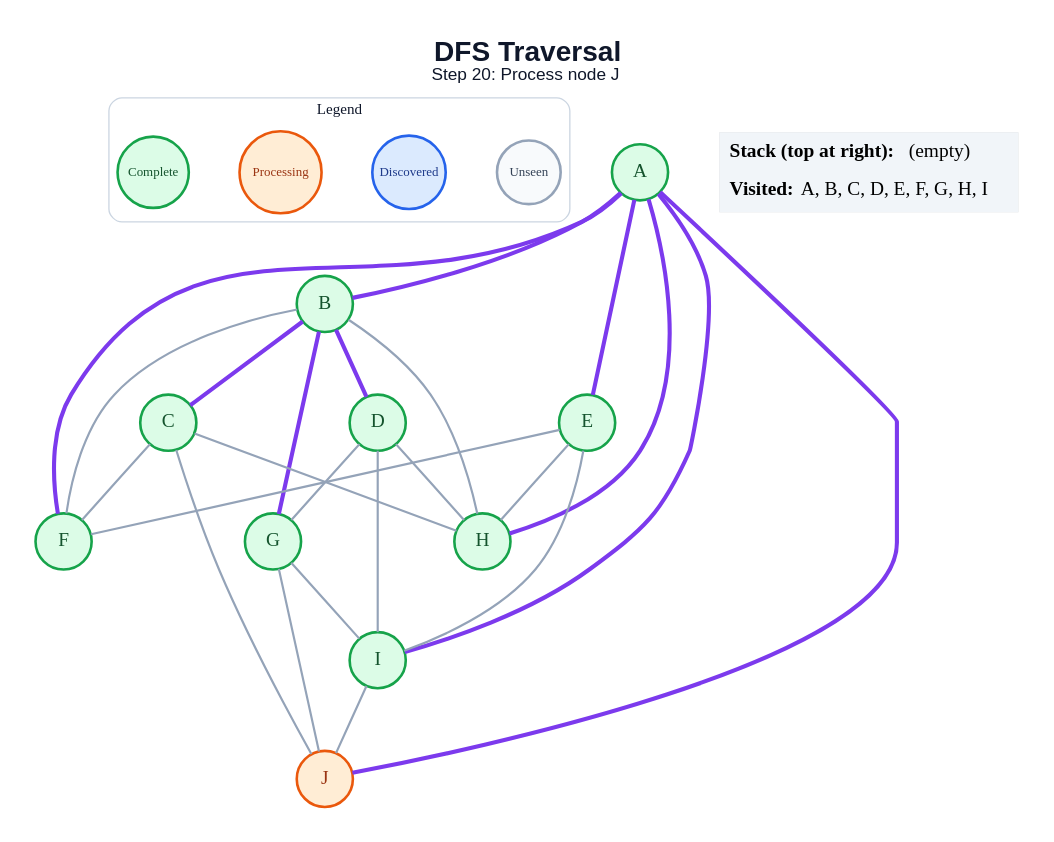
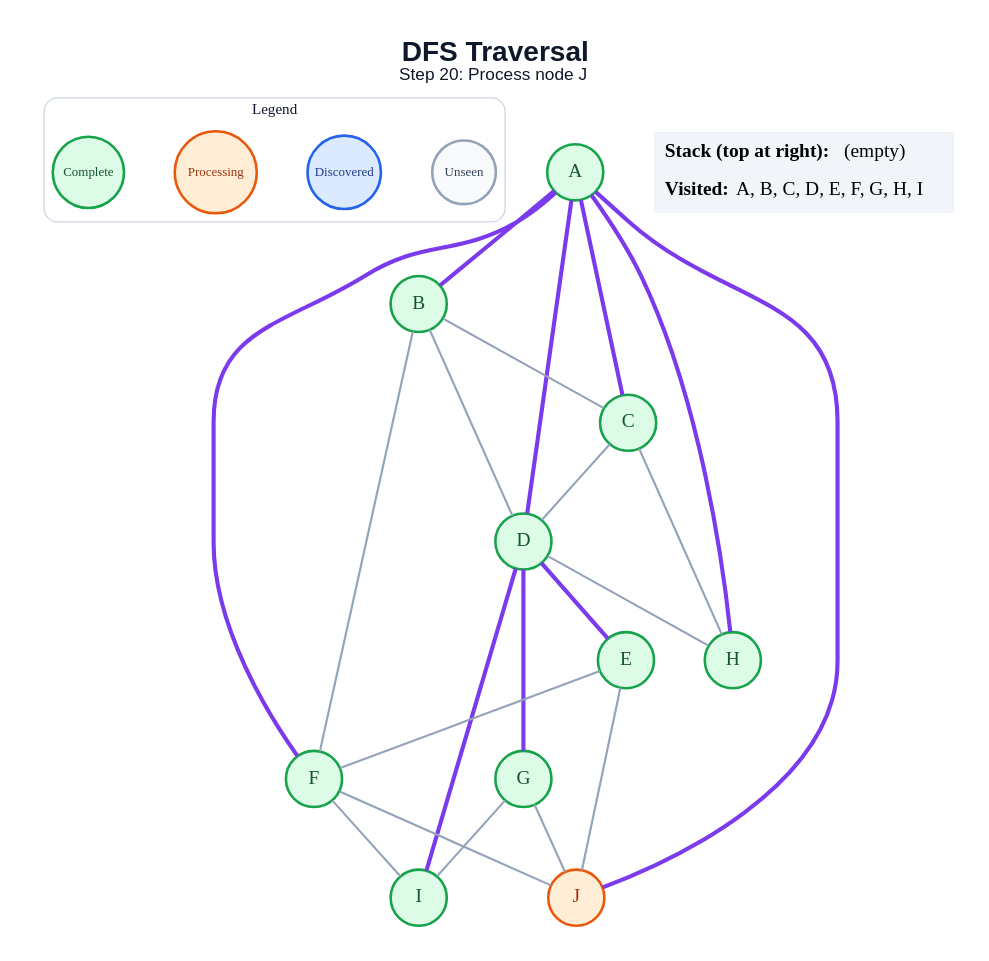
One commit to amanghodawala9/ai-slop changed the diagram in generated/dfs/step_20.dot. Above: the diagram before and after it, drawn with Graphviz. The commit also changed 178 other files, not shown here.

```diff
--- a/generated/dfs/step_20.dot
+++ b/generated/dfs/step_20.dot
@@ -1,52 +1,50 @@
 graph traversal {
   graph [layout=dot, rankdir=TB, bgcolor="#FFFFFF", pad="0.35", nodesep="0.65", ranksep="0.8", fontname="Arial"];
   node [shape=circle, style="filled", fontname="Arial Bold", fontsize=18, width=0.72, fixedsize=true, penwidth=2.4];
   edge [color="#94A3B8", penwidth=2.0];
   label=<<B>DFS Traversal</B><BR/><FONT POINT-SIZE="16">Step 20: Process node J</FONT>>; labelloc="t"; fontsize=26; fontname="Arial"; fontcolor="#0F172A";
   subgraph cluster_legend { label="Legend"; color="#CBD5E1"; penwidth=1.2; style="rounded"; fontsize=14; fontname="Arial Bold";
     key_unseen [label="Unseen", fillcolor="#F8FAFC", color="#94A3B8", fontcolor="#334155", fontsize=12, width=0.82];
     key_frontier [label="Discovered", fillcolor="#DBEAFE", color="#2563EB", fontcolor="#1E3A8A", fontsize=12, width=0.95];
     key_current [label="Processing", fillcolor="#FFEDD5", color="#EA580C", fontcolor="#9A3412", fontsize=12, width=1.05];
     key_done [label="Complete", fillcolor="#DCFCE7", color="#16A34A", fontcolor="#14532D", fontsize=12, width=0.92];
     { rank=same; key_unseen; key_frontier; key_current; key_done; }
   }
   A [fillcolor="#DCFCE7", color="#16A34A", fontcolor="#14532D"];
   B [fillcolor="#DCFCE7", color="#16A34A", fontcolor="#14532D"];
   C [fillcolor="#DCFCE7", color="#16A34A", fontcolor="#14532D"];
   D [fillcolor="#DCFCE7", color="#16A34A", fontcolor="#14532D"];
   E [fillcolor="#DCFCE7", color="#16A34A", fontcolor="#14532D"];
   F [fillcolor="#DCFCE7", color="#16A34A", fontcolor="#14532D"];
   G [fillcolor="#DCFCE7", color="#16A34A", fontcolor="#14532D"];
   H [fillcolor="#DCFCE7", color="#16A34A", fontcolor="#14532D"];
   I [fillcolor="#DCFCE7", color="#16A34A", fontcolor="#14532D"];
   J [fillcolor="#FFEDD5", color="#EA580C", fontcolor="#9A3412"];
   A -- B [color="#7C3AED", penwidth=3.8];
-  A -- E [color="#7C3AED", penwidth=3.8];
+  A -- C [color="#7C3AED", penwidth=3.8];
+  A -- D [color="#7C3AED", penwidth=3.8];
   A -- F [color="#7C3AED", penwidth=3.8];
   A -- H [color="#7C3AED", penwidth=3.8];
-  A -- I [color="#7C3AED", penwidth=3.8];
   A -- J [color="#7C3AED", penwidth=3.8];
-  B -- C [color="#7C3AED", penwidth=3.8];
-  B -- D [color="#7C3AED", penwidth=3.8];
+  B -- C;
+  B -- D;
   B -- F;
-  B -- G [color="#7C3AED", penwidth=3.8];
-  B -- H;
-  C -- F;
+  C -- D;
   C -- H;
-  C -- J;
-  D -- G;
+  D -- E [color="#7C3AED", penwidth=3.8];
+  D -- G [color="#7C3AED", penwidth=3.8];
   D -- H;
-  D -- I;
+  D -- I [color="#7C3AED", penwidth=3.8];
   E -- F;
-  E -- H;
-  E -- I;
+  E -- J;
+  F -- I;
+  F -- J;
   G -- I;
   G -- J;
-  I -- J;
   status [shape=plain, fixedsize=false, width=0, height=0, margin=0, label=<
     <TABLE BORDER="0" CELLBORDER="0" CELLPADDING="7" BGCOLOR="#F1F5F9">
       <TR><TD ALIGN="LEFT"><B>Stack (top at right):</B> (empty)</TD></TR>
       <TR><TD ALIGN="LEFT"><B>Visited:</B> A, B, C, D, E, F, G, H, I</TD></TR>
     </TABLE>
   >];
 }
```
